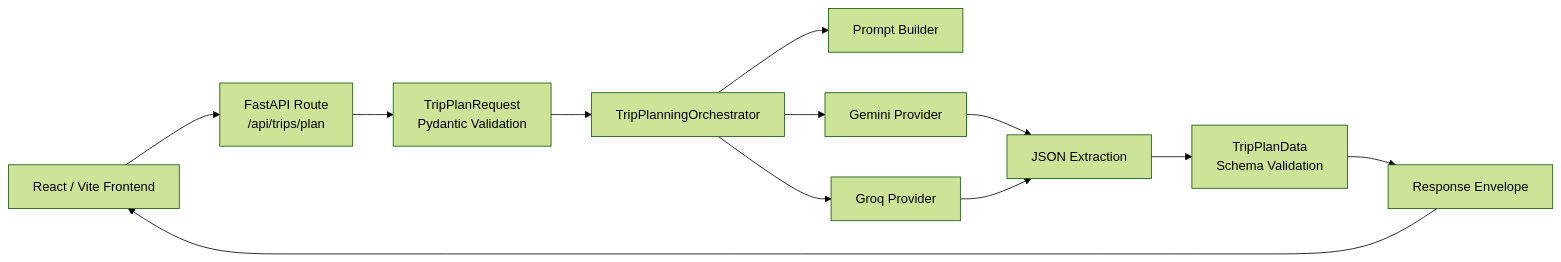
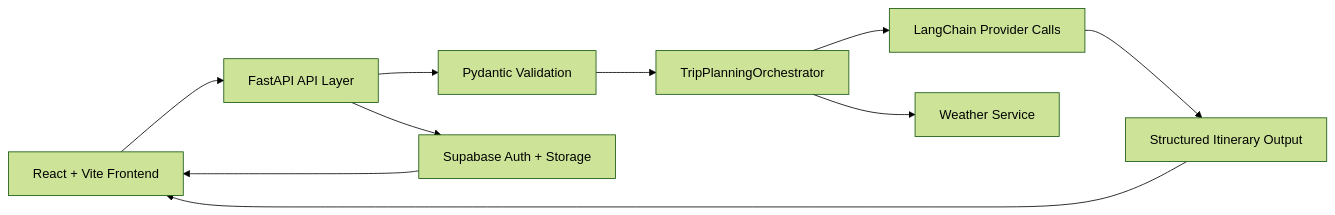
The diagram in README.md (vermavaishnav70/wanderlust), drawn with Mermaid (forest theme) before and after one commit. The commit also changed other lines of this file, not shown here.

````diff
--- a/README.md
+++ b/README.md
@@ -72,14 +79,12 @@
 ```mermaid
 flowchart LR
-    A["React / Vite Frontend"] --> B["FastAPI Route\n/api/trips/plan"]
-    B --> C["TripPlanRequest\nPydantic Validation"]
+    A["React + Vite Frontend"] --> B["FastAPI API Layer"]
+    B --> C["Pydantic Validation"]
     C --> D["TripPlanningOrchestrator"]
-    D --> E["Prompt Builder"]
-    D --> F["Gemini Provider"]
-    D --> G["Groq Provider"]
-    F --> H["JSON Extraction"]
-    G --> H
-    H --> I["TripPlanData\nSchema Validation"]
-    I --> J["Response Envelope"]
-    J --> A
+    D --> E["LangChain Provider Calls"]
+    D --> F["Weather Service"]
+    B --> G["Supabase Auth + Storage"]
+    E --> H["Structured Itinerary Output"]
+    H --> A
+    G --> A
 ```
````
